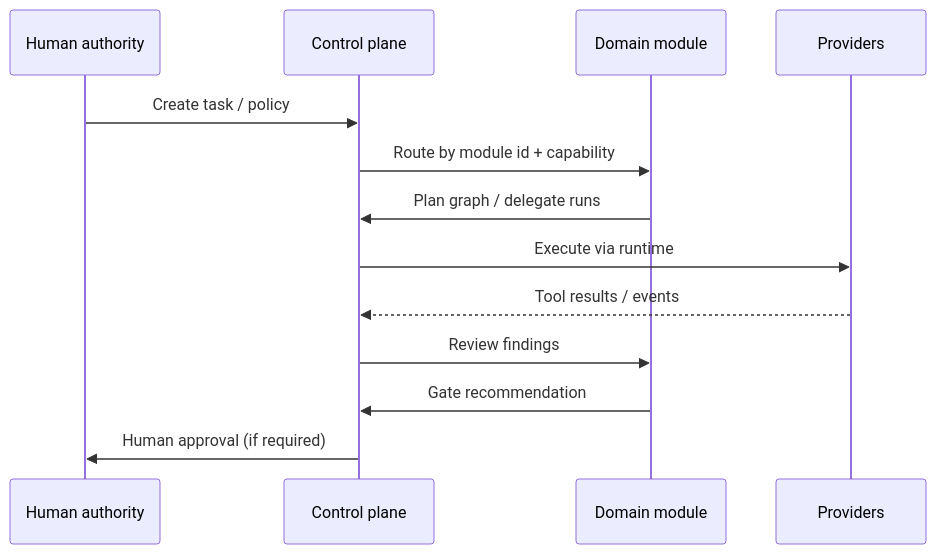
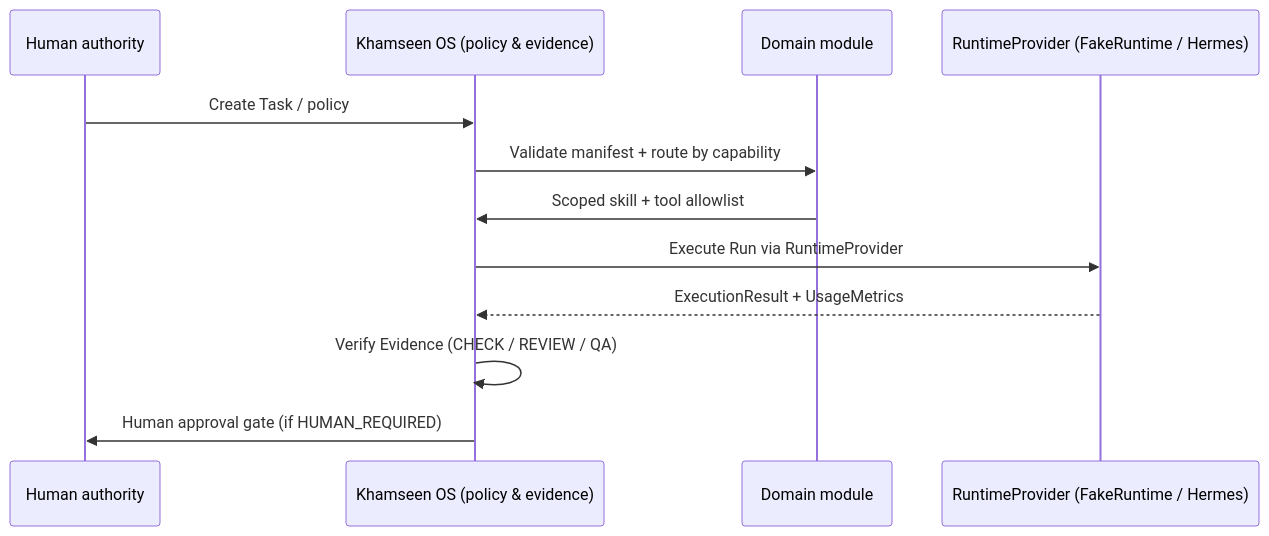
The diagram in docs/module-contract.md (Fizioh/khamseen-os), drawn with Mermaid before and after one commit. The commit also changed other lines of this file and 3 other files, not shown here.

Commit message:
docs(project): update README quickstart, roadmap, module contract, and changelog

````diff
--- a/docs/module-contract.md
+++ b/docs/module-contract.md
@@ -30,16 +30,15 @@
 ```mermaid
 sequenceDiagram
   participant H as Human authority
-  participant CP as Control plane
+  participant CP as Khamseen OS (policy & evidence)
   participant M as Domain module
-  participant P as Providers
+  participant P as RuntimeProvider (FakeRuntime / Hermes)
 
-  H->>CP: Create task / policy
-  CP->>M: Route by module id + capability
-  M->>CP: Plan graph / delegate runs
-  CP->>P: Execute via runtime
-  P-->>CP: Tool results / events
-  CP->>M: Review findings
-  M->>CP: Gate recommendation
-  CP->>H: Human approval (if required)
+  H->>CP: Create Task / policy
+  CP->>M: Validate manifest + route by capability
+  M->>CP: Scoped skill + tool allowlist
+  CP->>P: Execute Run via RuntimeProvider
+  P-->>CP: ExecutionResult + UsageMetrics
+  CP->>CP: Verify Evidence (CHECK / REVIEW / QA)
+  CP->>H: Human approval gate (if HUMAN_REQUIRED)
 ```
````
